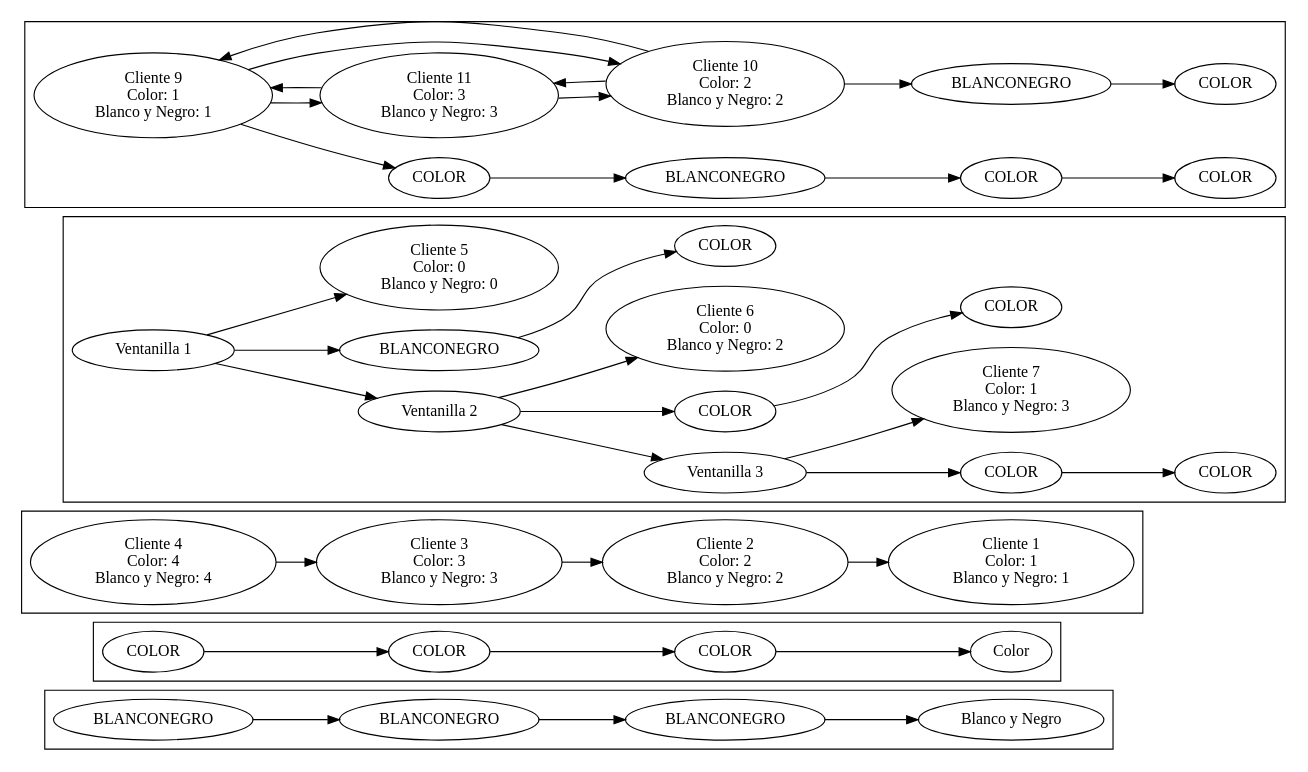
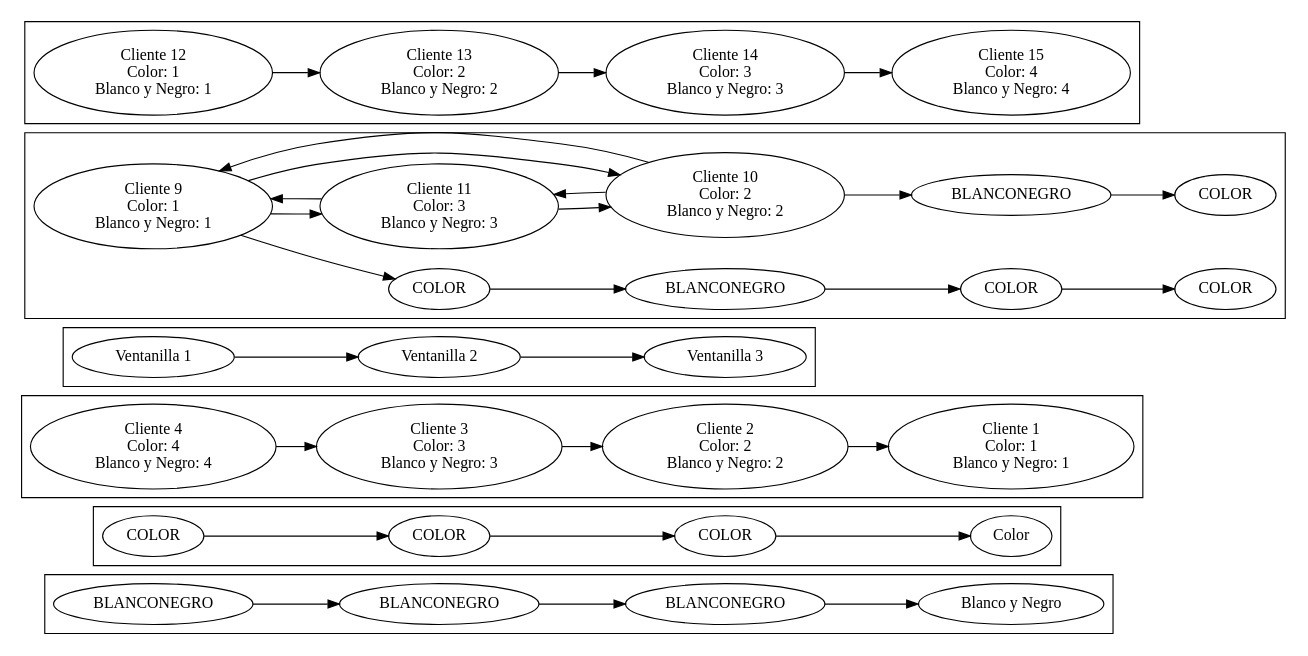
Before and after one commit to xhuniktzi/EDD_PROYECTO_201900462: the diagram in report.dot, drawn with Graphviz. The commit also changed 6 other files, not shown here.

```diff
--- a/report.dot
+++ b/report.dot
@@ -1,93 +1,85 @@
 digraph G{
 rankdir=LR;
 subgraph clusterPrintBN {
-dbcdee24e84d238856ea92824e9221[label="BLANCONEGRO"];
-dbcdee24e84d238856ea92824e9221->fb804375b619cf3a7be715af;
-fb804375b619cf3a7be715af[label="BLANCONEGRO"];
-fb804375b619cf3a7be715af->cbc3a3a83c463cb709acd074f2dc62;
-cbc3a3a83c463cb709acd074f2dc62[label="BLANCONEGRO"];
+f6ea97accb94e77b216b5cdd681c38d[label="BLANCONEGRO"];
+f6ea97accb94e77b216b5cdd681c38d->e59b6fc9f374759a7b3d3b066672398;
+e59b6fc9f374759a7b3d3b066672398[label="BLANCONEGRO"];
+e59b6fc9f374759a7b3d3b066672398->ffd849c7249708fc746b19548b208;
+ffd849c7249708fc746b19548b208[label="BLANCONEGRO"];
 BN[label="Blanco y Negro"];
-cbc3a3a83c463cb709acd074f2dc62-> BN;
+ffd849c7249708fc746b19548b208-> BN;
 }subgraph clusterPrintColor {
-aacaad7499047b5bf3fa04b94ac6691[label="COLOR"];
-aacaad7499047b5bf3fa04b94ac6691->c79969e24fbe9a48f900a6dc67ca;
-c79969e24fbe9a48f900a6dc67ca[label="COLOR"];
-c79969e24fbe9a48f900a6dc67ca->d8e74a2891e7801f30e815e3;
-d8e74a2891e7801f30e815e3[label="COLOR"];
+cd7198677ce440b8eee3169737581cd[label="COLOR"];
+cd7198677ce440b8eee3169737581cd->d6553944e2c4db9b467d068a79389a9;
+d6553944e2c4db9b467d068a79389a9[label="COLOR"];
+d6553944e2c4db9b467d068a79389a9->b57a63d8bf54920a9b6f6c8f6187df7;
+b57a63d8bf54920a9b6f6c8f6187df7[label="COLOR"];
 C[label="Color"];
-d8e74a2891e7801f30e815e3-> C;
+b57a63d8bf54920a9b6f6c8f6187df7-> C;
 }subgraph clusterColaRecepcion {
-cd9f2a4e758a6a4fbbd623511d[label=" Cliente 4
+e6d989aa49ccbbdb28087566291c[label=" Cliente 4
  Color: 4
  Blanco y Negro: 4 "];
-cd9f2a4e758a6a4fbbd623511d->baa47c847aba142da365010fd2c;
-baa47c847aba142da365010fd2c[label=" Cliente 3
+e6d989aa49ccbbdb28087566291c->c0d47388345b7a893ebecf05c907d;
+c0d47388345b7a893ebecf05c907d[label=" Cliente 3
  Color: 3
  Blanco y Negro: 3 "];
-baa47c847aba142da365010fd2c->f9a04383f84982ade0de3da757691e;
-f9a04383f84982ade0de3da757691e[label=" Cliente 2
+c0d47388345b7a893ebecf05c907d->dfa47d5a611496780d15bcff7a74d8e;
+dfa47d5a611496780d15bcff7a74d8e[label=" Cliente 2
  Color: 2
  Blanco y Negro: 2 "];
-f9a04383f84982ade0de3da757691e->c2c4d85e04ad593f0fda2827ebcf5;
-c2c4d85e04ad593f0fda2827ebcf5[label=" Cliente 1
+dfa47d5a611496780d15bcff7a74d8e->b9b2403664339b167bda8f20639df;
+b9b2403664339b167bda8f20639df[label=" Cliente 1
  Color: 1
  Blanco y Negro: 1 "];
 }subgraph clusterListaVentanillas {
-c9f02639e2442e4b8daa280d12b38bd[label=" Ventanilla 1 "];
-c9f02639e2442e4b8daa280d12b38bd->bf206b34b6ead945dac9200604e;
-c9f02639e2442e4b8daa280d12b38bd->cbd02b176b6465ba2ea91c570468613;
-cbd02b176b6465ba2ea91c570468613[label="BLANCONEGRO"];
-cbd02b176b6465ba2ea91c570468613->be416fe4e4b1ea20f9d09a05082a8;
-be416fe4e4b1ea20f9d09a05082a8[label="COLOR"];
-b18f30315f44e7bbab261a9ff59c308[label="Cliente 5
- Color: 0
- Blanco y Negro: 0"];
-c9f02639e2442e4b8daa280d12b38bd->b18f30315f44e7bbab261a9ff59c308;
-bf206b34b6ead945dac9200604e[label=" Ventanilla 2 "];
-bf206b34b6ead945dac9200604e->f3881ca543e4dc3be9fe8ea68d70562;
-bf206b34b6ead945dac9200604e->eb30e0d4847b39a6ee656bbdc34bd;
-eb30e0d4847b39a6ee656bbdc34bd[label="COLOR"];
-eb30e0d4847b39a6ee656bbdc34bd->aa89c0dc0dc42edb66a70d24bfba2a2;
-aa89c0dc0dc42edb66a70d24bfba2a2[label="COLOR"];
-d67b1eb8d374536af135916dba1af75[label="Cliente 6
- Color: 0
- Blanco y Negro: 2"];
-bf206b34b6ead945dac9200604e->d67b1eb8d374536af135916dba1af75;
-f3881ca543e4dc3be9fe8ea68d70562[label=" Ventanilla 3 "];
-f3881ca543e4dc3be9fe8ea68d70562->a4f8e3793eb44988de541bcb0333d07;
-a4f8e3793eb44988de541bcb0333d07[label="COLOR"];
-a4f8e3793eb44988de541bcb0333d07->d6a4d2a47609231ea063c25897f;
-d6a4d2a47609231ea063c25897f[label="COLOR"];
-a90db6f1313469c9352b5b29165e46e[label="Cliente 7
- Color: 1
- Blanco y Negro: 3"];
-f3881ca543e4dc3be9fe8ea68d70562->a90db6f1313469c9352b5b29165e46e;
+cd748ed3141b7b7946b4d4acc0021[label=" Ventanilla 1 "];
+cd748ed3141b7b7946b4d4acc0021->b9413c3ded34665a48fb5a016eb6739;
+b9413c3ded34665a48fb5a016eb6739[label=" Ventanilla 2 "];
+b9413c3ded34665a48fb5a016eb6739->bcf4bee4dc0ae05f042e02bd197;
+bcf4bee4dc0ae05f042e02bd197[label=" Ventanilla 3 "];
 }subgraph clusterListaEspera {
-cfa7f5aa75e4125915e75d15cba6159->a604cafc9d44da86bf763dbb572c0a;
-a604cafc9d44da86bf763dbb572c0a[label="COLOR"];
-a604cafc9d44da86bf763dbb572c0a->b45614b4178be6feecd9752cae5;
-b45614b4178be6feecd9752cae5[label="BLANCONEGRO"];
-b45614b4178be6feecd9752cae5->bbeaea49fab350d60ad812ce98;
-bbeaea49fab350d60ad812ce98[label="COLOR"];
-bbeaea49fab350d60ad812ce98->cf7d349c4c242bebf0c98f60dd86590;
-cf7d349c4c242bebf0c98f60dd86590[label="COLOR"];
-cfa7f5aa75e4125915e75d15cba6159[label="Cliente 9
+ff0274558145a4955b0d96b5841f4f->a2c1d4135f84adf850eb3557dde6328;
+a2c1d4135f84adf850eb3557dde6328[label="COLOR"];
+a2c1d4135f84adf850eb3557dde6328->b3bca0485348278bbea76432daf703;
+b3bca0485348278bbea76432daf703[label="BLANCONEGRO"];
+b3bca0485348278bbea76432daf703->ac42f87cc63485cad39ab005eb41671;
+ac42f87cc63485cad39ab005eb41671[label="COLOR"];
+ac42f87cc63485cad39ab005eb41671->b3e994a999e41d88e6b062963e4b8c9;
+b3e994a999e41d88e6b062963e4b8c9[label="COLOR"];
+ff0274558145a4955b0d96b5841f4f[label="Cliente 9
  Color: 1
  Blanco y Negro: 1"];
-cfa7f5aa75e4125915e75d15cba6159->e6c29b37043fba57621bf84a67062;
-cfa7f5aa75e4125915e75d15cba6159->baaeffddaf3ad7cb96e7ef65;
-baaeffddaf3ad7cb96e7ef65->c2fa506f4625be5d39ef7785ff03;
-c2fa506f4625be5d39ef7785ff03[label="BLANCONEGRO"];
-c2fa506f4625be5d39ef7785ff03->ad6790540478301c3911b2db62e;
-ad6790540478301c3911b2db62e[label="COLOR"];
-baaeffddaf3ad7cb96e7ef65[label="Cliente 10
+ff0274558145a4955b0d96b5841f4f->bf7b6c473742d8b9d1ffb89fdaa940;
+ff0274558145a4955b0d96b5841f4f->db7506f74844bd85a22f06dcb2690c;
+db7506f74844bd85a22f06dcb2690c->ae54443cb1e0ed153c5af002;
+ae54443cb1e0ed153c5af002[label="BLANCONEGRO"];
+ae54443cb1e0ed153c5af002->da372e67798479695fc95ea522d4015;
+da372e67798479695fc95ea522d4015[label="COLOR"];
+db7506f74844bd85a22f06dcb2690c[label="Cliente 10
  Color: 2
  Blanco y Negro: 2"];
-baaeffddaf3ad7cb96e7ef65->cfa7f5aa75e4125915e75d15cba6159;
-baaeffddaf3ad7cb96e7ef65->e6c29b37043fba57621bf84a67062;
-e6c29b37043fba57621bf84a67062[label="Cliente 11
+db7506f74844bd85a22f06dcb2690c->ff0274558145a4955b0d96b5841f4f;
+db7506f74844bd85a22f06dcb2690c->bf7b6c473742d8b9d1ffb89fdaa940;
+bf7b6c473742d8b9d1ffb89fdaa940[label="Cliente 11
  Color: 3
  Blanco y Negro: 3"];
-e6c29b37043fba57621bf84a67062->baaeffddaf3ad7cb96e7ef65;
-e6c29b37043fba57621bf84a67062->cfa7f5aa75e4125915e75d15cba6159;
+bf7b6c473742d8b9d1ffb89fdaa940->db7506f74844bd85a22f06dcb2690c;
+bf7b6c473742d8b9d1ffb89fdaa940->ff0274558145a4955b0d96b5841f4f;
+}subgraph clusterListaAtendidos {
+bd91bdd352344fab9ea9cfcd0c65a19[label="Cliente 12
+ Color: 1
+ Blanco y Negro: 1"];
+bd91bdd352344fab9ea9cfcd0c65a19->beb442c242b782d0a93c65d920f3;
+beb442c242b782d0a93c65d920f3[label="Cliente 13
+ Color: 2
+ Blanco y Negro: 2"];
+beb442c242b782d0a93c65d920f3->cd1dddece454880a8a2d8471707fdda;
+cd1dddece454880a8a2d8471707fdda[label="Cliente 14
+ Color: 3
+ Blanco y Negro: 3"];
+cd1dddece454880a8a2d8471707fdda->afe964deba1dc0e7a47697944;
+afe964deba1dc0e7a47697944[label="Cliente 15
+ Color: 4
+ Blanco y Negro: 4"];
 }}
```
